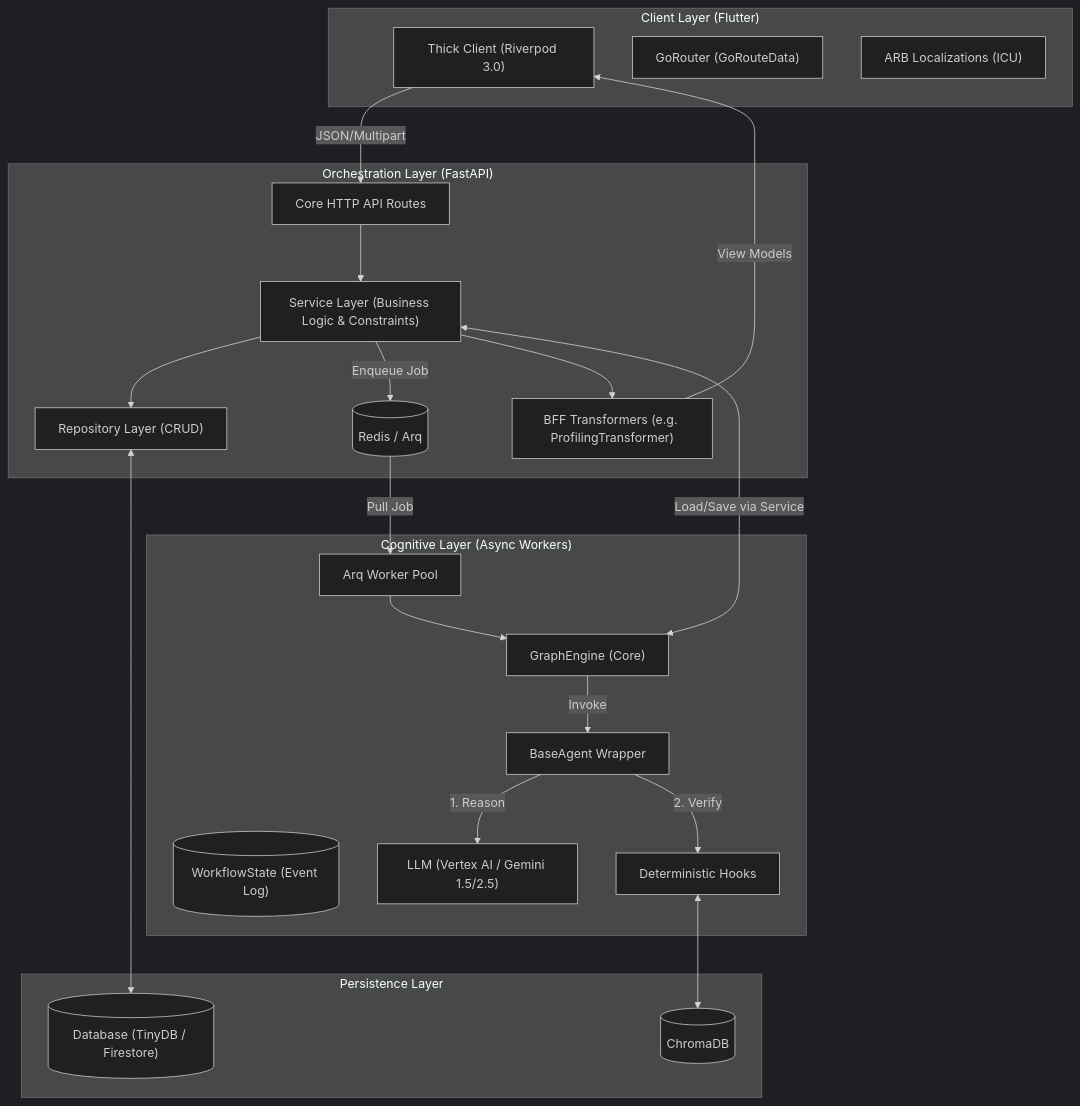
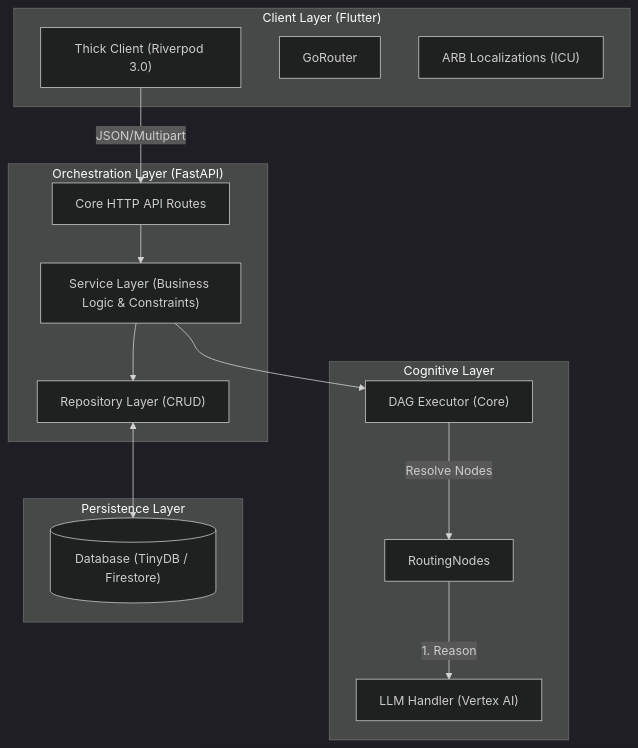
The diagram in docs/architecture.md (launis/quorum), drawn with Mermaid (dark theme) before and after one commit. The commit also changed other lines of this file and 31 other files, not shown here.

Commit message:
feat: Introduce V2 backend architecture, core models, and initial client application components.

````diff
--- a/docs/architecture.md
+++ b/docs/architecture.md
@@ -26,43 +26,31 @@
 ```mermaid
 graph TD
     subgraph "Client Layer (Flutter)"
         App["Thick Client (Riverpod 3.0)"]
-        Router["GoRouter (GoRouteData)"]
+        Router["GoRouter"]
         L10N["ARB Localizations (ICU)"]
     end
 
     subgraph "Orchestration Layer (FastAPI)"
         API["Core HTTP API Routes"]
         Service["Service Layer (Business Logic & Constraints)"]
         Repo["Repository Layer (CRUD)"]
-        BFF["BFF Transformers (e.g. ProfilingTransformer)"]
-        Queue[(Redis / Arq)]
     end
 
-    subgraph "Cognitive Layer (Async Workers)"
-        Worker["Arq Worker Pool"]
-        Engine["GraphEngine (Core)"]
-        State[("WorkflowState (Event Log)")]
+    subgraph "Cognitive Layer"
+        Engine["DAG Executor (Core)"]
         
-        Engine -->|Invoke| Agent["BaseAgent Wrapper"]
-        Agent -->|1. Reason| LLM["LLM (Vertex AI / Gemini 1.5/2.5)"]
-        Agent -->|2. Verify| Hooks["Deterministic Hooks"]
+        Engine -->|Resolve Nodes| Nodes["RoutingNodes"]
+        Nodes -->|1. Reason| LLM["LLM Handler (Vertex AI)"]
     end
 
     subgraph "Persistence Layer"
         DB[("Database (TinyDB / Firestore)")]
-        VectorDB[("ChromaDB")]
     end
 
     App -->|JSON/Multipart| API
     API --> Service
     Service --> Repo
-    Service -->|Enqueue Job| Queue
     Repo <--> DB
-    Queue -->|Pull Job| Worker
-    Worker --> Engine
-    Engine <-->|Load/Save via Service| Service
-    Hooks <--> VectorDB
-    Service --> BFF
-    BFF -->|View Models| App
+    Service --> Engine
 ```
````
